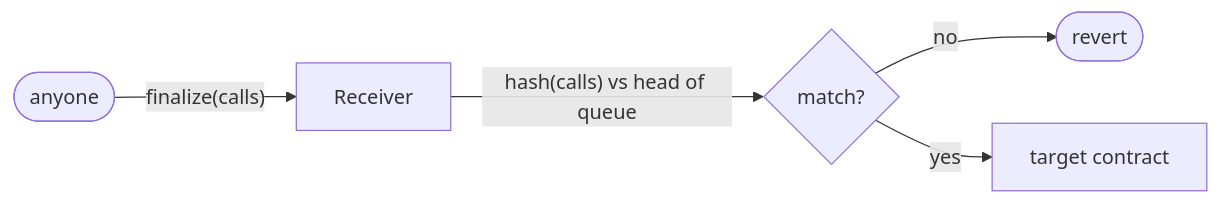
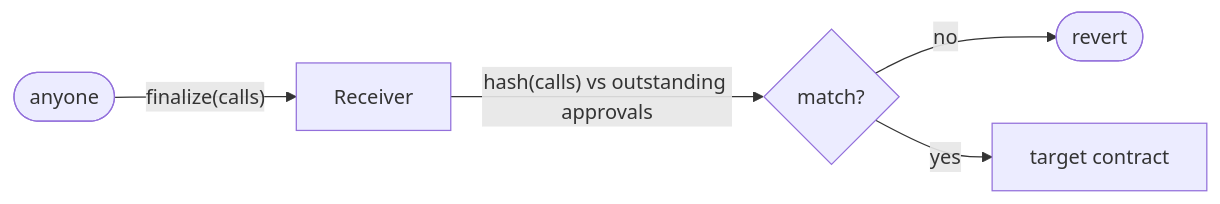
The fifth of 5 diagrams in README.md (crossecute/protocol), drawn with Mermaid before and after one commit. The commit also changed other lines of this file and 8 other files, not shown here.

````diff
--- a/README.md
+++ b/README.md
@@ -142,7 +142,7 @@
 ```mermaid
 flowchart LR
     Anyone([anyone]) -->|"finalize(calls)"| Rx[Receiver]
-    Rx -->|"hash(calls) vs head of queue"| Check{match?}
+    Rx -->|"hash(calls) vs outstanding approvals"| Check{match?}
     Check -->|"no"| Revert([revert])
     Check -->|"yes"| Target[target contract]
 ```
````
